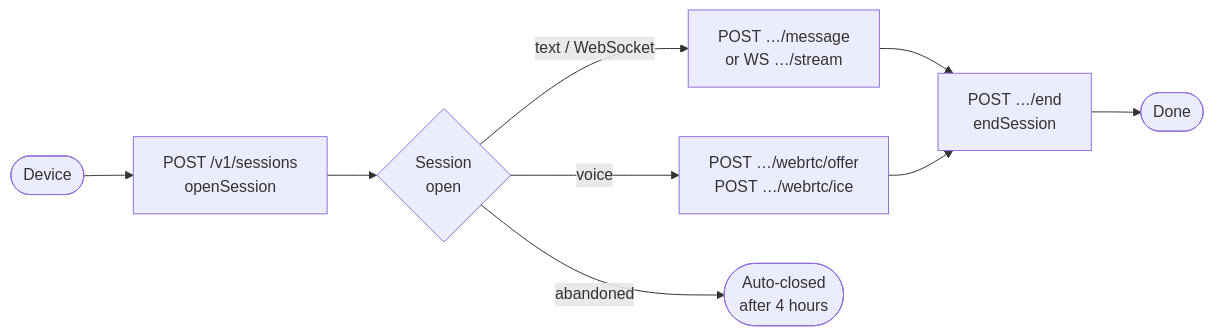
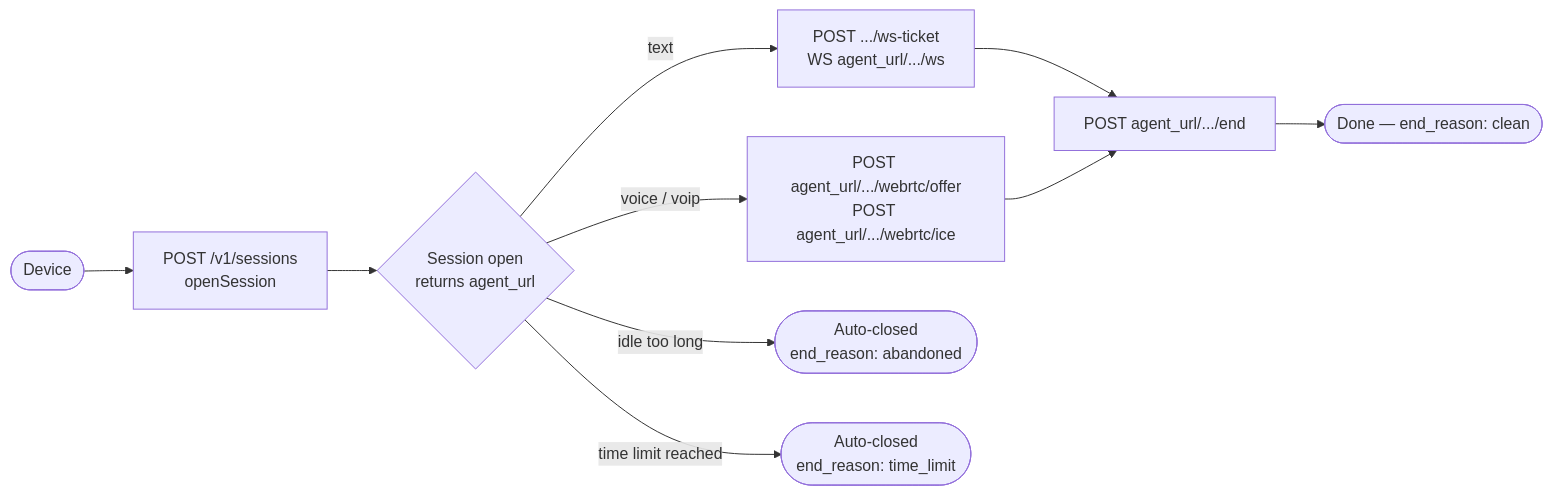
One commit to humain-ai/kiosk-docs changed the diagram in concepts/session-lifecycle.mdx. Above: the diagram before and after it, drawn with Mermaid. The commit also changed other lines of this file and 42 other files, not shown here.

````diff
--- a/concepts/session-lifecycle.mdx
+++ b/concepts/session-lifecycle.mdx
@@ -8,11 +8,12 @@
 ```mermaid
 flowchart LR
   A([Device]) --> B[POST /v1/sessions\nopenSession]
-  B --> C{Session\nopen}
-  C -->|text / WebSocket| D[POST …/message\nor WS …/stream]
-  C -->|voice| E[POST …/webrtc/offer\nPOST …/webrtc/ice]
-  D --> F[POST …/end\nendSession]
+  B --> C{Session open\nreturns agent_url}
+  C -->|text| D[POST .../ws-ticket\nWS agent_url/.../ws]
+  C -->|voice / voip| E[POST agent_url/.../webrtc/offer\nPOST agent_url/.../webrtc/ice]
+  D --> F[POST agent_url/.../end]
   E --> F
-  F --> G([Done])
-  C -->|abandoned| H([Auto-closed\nafter 4 hours])
+  F --> G([Done — end_reason: clean])
+  C -->|idle too long| H([Auto-closed\nend_reason: abandoned])
+  C -->|time limit reached| I([Auto-closed\nend_reason: time_limit])
 ```
````
